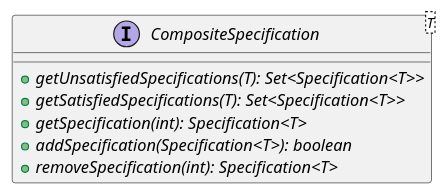
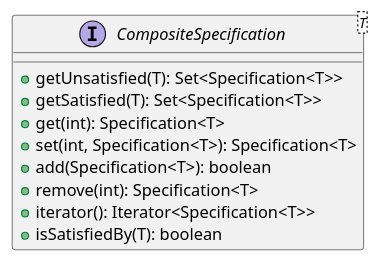
One commit to P-Kalin/kit26a changed the diagram in malokhvii-eduard/malokhvii05/doc/plantuml/ua/khpi/oop/malokhvii05/common/specification/CompositeSpecification.puml. Above: the diagram before and after it, drawn with PlantUML. The commit also changed 53 other files, not shown here.

Commit message:
#3, #9 malokhvii05: update graphs

```diff
--- a/malokhvii-eduard/malokhvii05/doc/plantuml/ua/khpi/oop/malokhvii05/common/specification/CompositeSpecification.puml
+++ b/malokhvii-eduard/malokhvii05/doc/plantuml/ua/khpi/oop/malokhvii05/common/specification/CompositeSpecification.puml
@@ -1,11 +1,14 @@
 @startuml
 
     interface CompositeSpecification<T> {
-        {abstract} +getUnsatisfiedSpecifications(T): Set<Specification<T>>
-        {abstract} +getSatisfiedSpecifications(T): Set<Specification<T>>
-        {abstract} +getSpecification(int): Specification<T>
-        {abstract} +addSpecification(Specification<T>): boolean
-        {abstract} +removeSpecification(int): Specification<T>
+        +getUnsatisfied(T): Set<Specification<T>>
+        +getSatisfied(T): Set<Specification<T>>
+        +get(int): Specification<T>
+        +set(int, Specification<T>): Specification<T>
+        +add(Specification<T>): boolean
+        +remove(int): Specification<T>
+        +iterator(): Iterator<Specification<T>>
+        +isSatisfiedBy(T): boolean
     }
 
 @enduml
```
